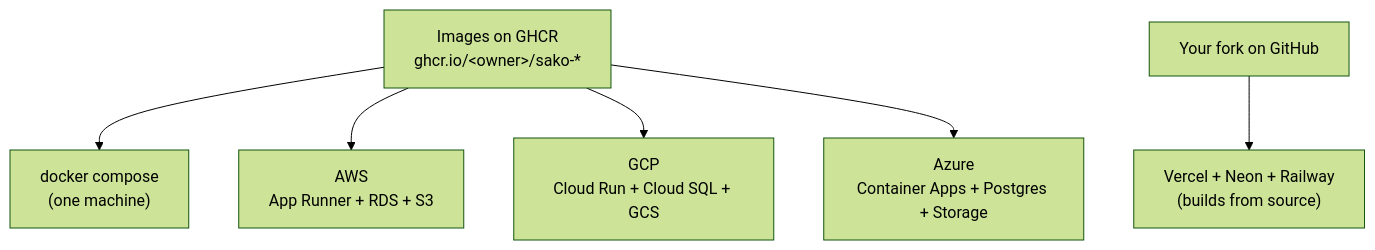
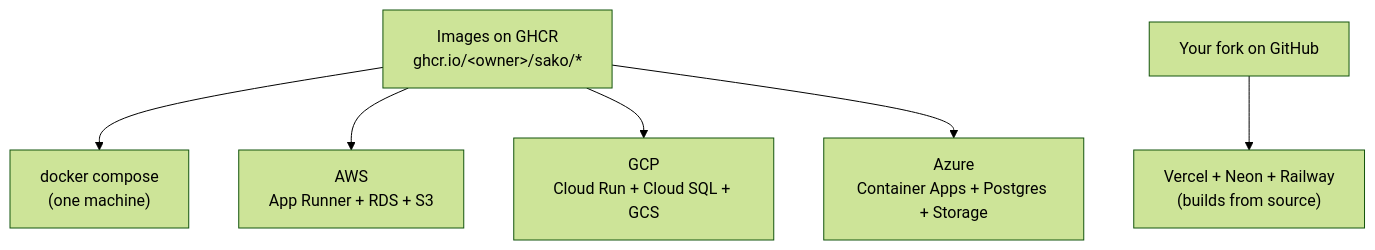
The fourth of 4 diagrams in README.md (wicolian/sako), drawn with Mermaid (forest theme) before and after one commit. The commit also changed other lines of this file and 5 other files, not shown here.

First line of the commit message:
Publish images as ghcr.io/<owner>/sako/<app>

````diff
--- a/README.md
+++ b/README.md
@@ -428,9 +428,9 @@
 ```mermaid
 flowchart TB
-    IMG["Images on GHCR<br/>ghcr.io/&lt;owner&gt;/sako-*"]
+    IMG["Images on GHCR<br/>ghcr.io/&lt;owner&gt;/sako/*"]
     IMG --> DC["docker compose<br/>(one machine)"]
     IMG --> AWS["AWS<br/>App Runner + RDS + S3"]
     IMG --> GCP["GCP<br/>Cloud Run + Cloud SQL + GCS"]
     IMG --> AZ["Azure<br/>Container Apps + Postgres + Storage"]
     GH["Your fork on GitHub"] --> VNR["Vercel + Neon + Railway<br/>(builds from source)"]
 ```
````
